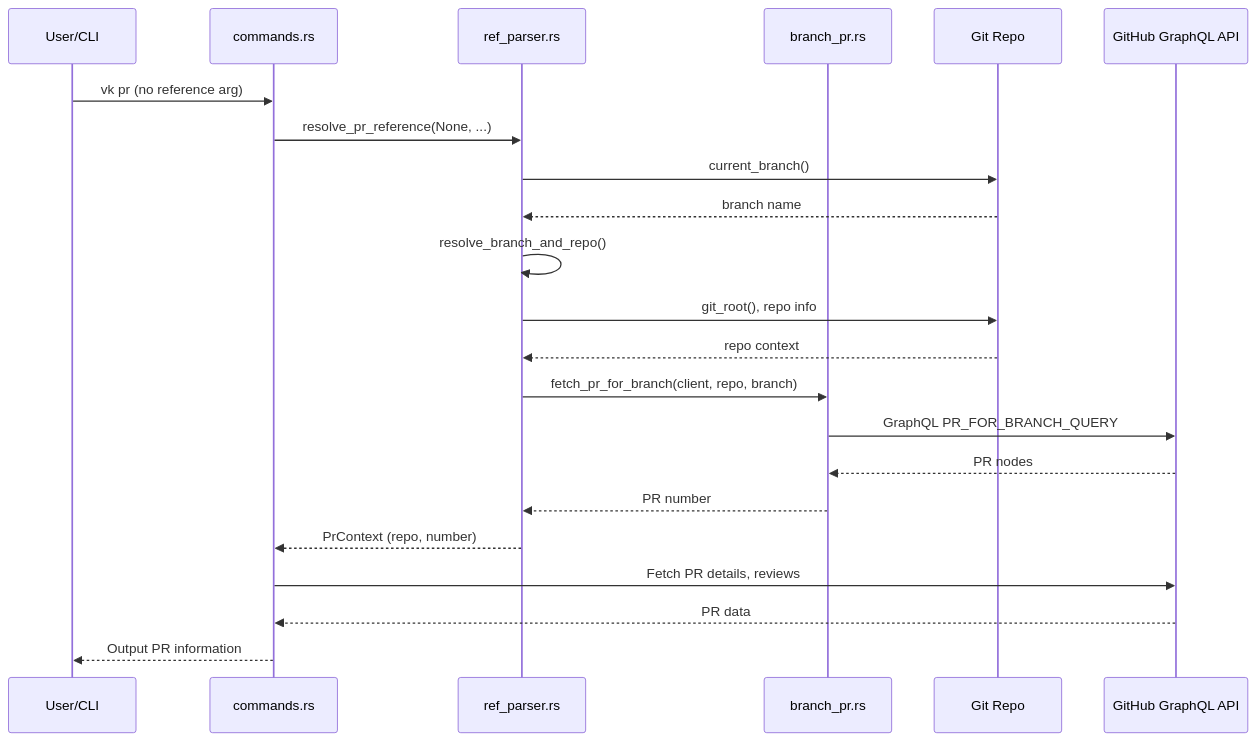
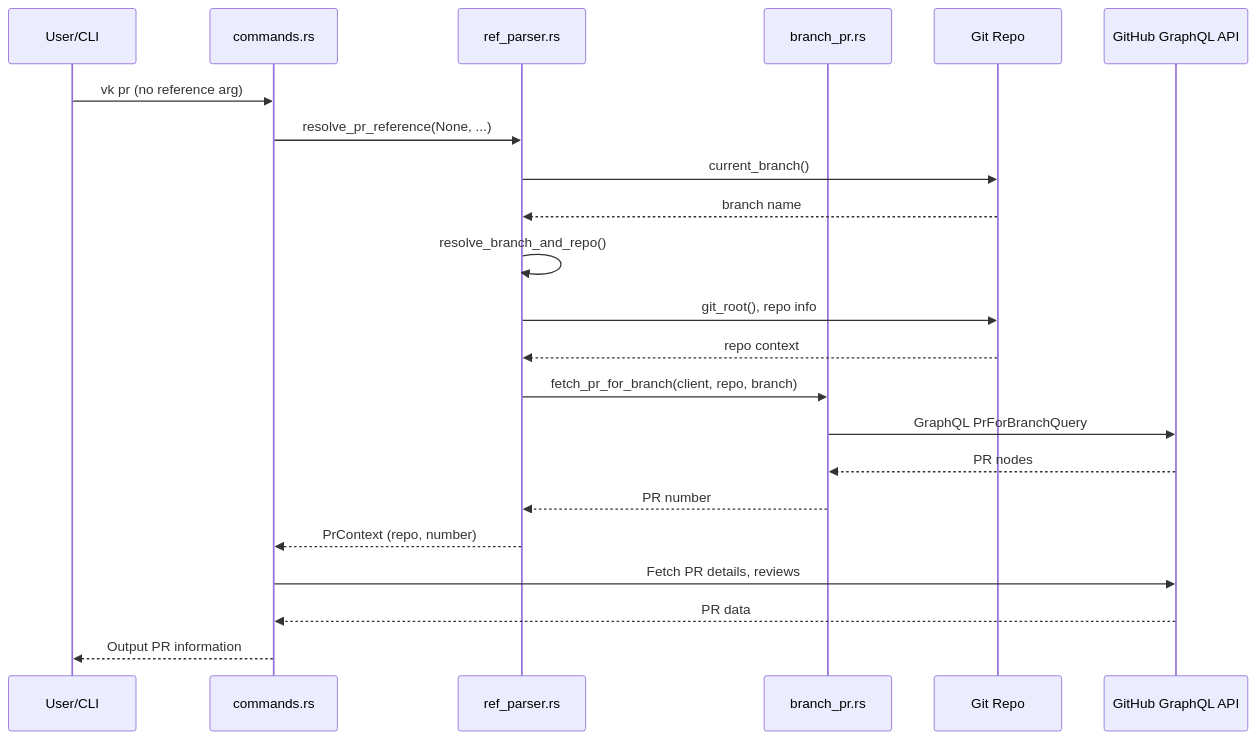
The fifth of 5 diagrams in docs/vk-design.md (leynos/vk), drawn with Mermaid before and after one commit. The commit also changed other lines of this file and 2 other files, not shown here.

First line of the commit message:
Document the typed GraphQL path

````diff
--- a/docs/vk-design.md
+++ b/docs/vk-design.md
@@ -331,25 +351,25 @@
 ```mermaid
 sequenceDiagram
     participant User as User/CLI
     participant Cmd as commands.rs
     participant RefParse as ref_parser.rs
     participant BranchPR as branch_pr.rs
     participant Git as Git Repo
     participant API as GitHub GraphQL API
 
     User->>Cmd: vk pr (no reference arg)
     Cmd->>RefParse: resolve_pr_reference(None, ...)
     RefParse->>Git: current_branch()
     Git-->>RefParse: branch name
     RefParse->>RefParse: resolve_branch_and_repo()
     RefParse->>Git: git_root(), repo info
     Git-->>RefParse: repo context
     RefParse->>BranchPR: fetch_pr_for_branch(client, repo, branch)
-    BranchPR->>API: GraphQL PR_FOR_BRANCH_QUERY
+    BranchPR->>API: GraphQL PrForBranchQuery
     API-->>BranchPR: PR nodes
     BranchPR-->>RefParse: PR number
     RefParse-->>Cmd: PrContext (repo, number)
     Cmd->>API: Fetch PR details, reviews
     API-->>Cmd: PR data
     Cmd-->>User: Output PR information
 ```
````
